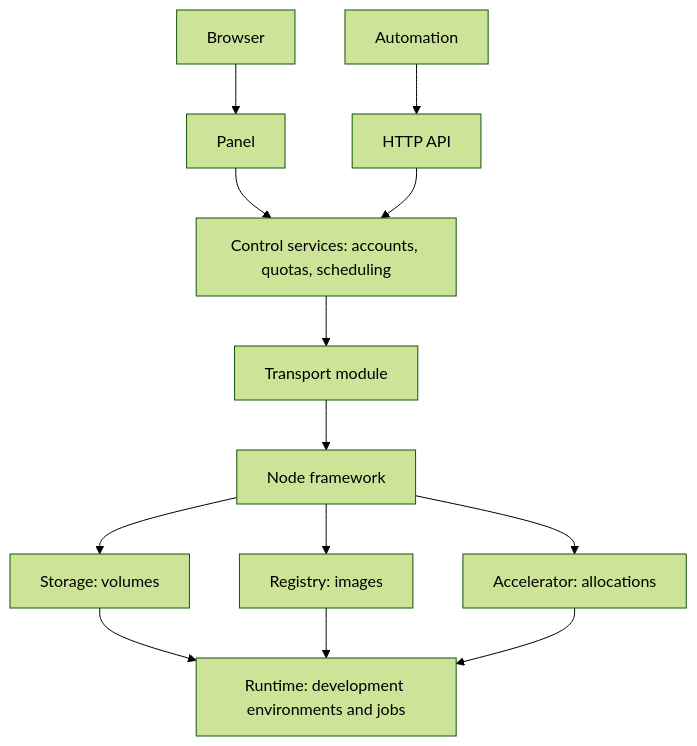
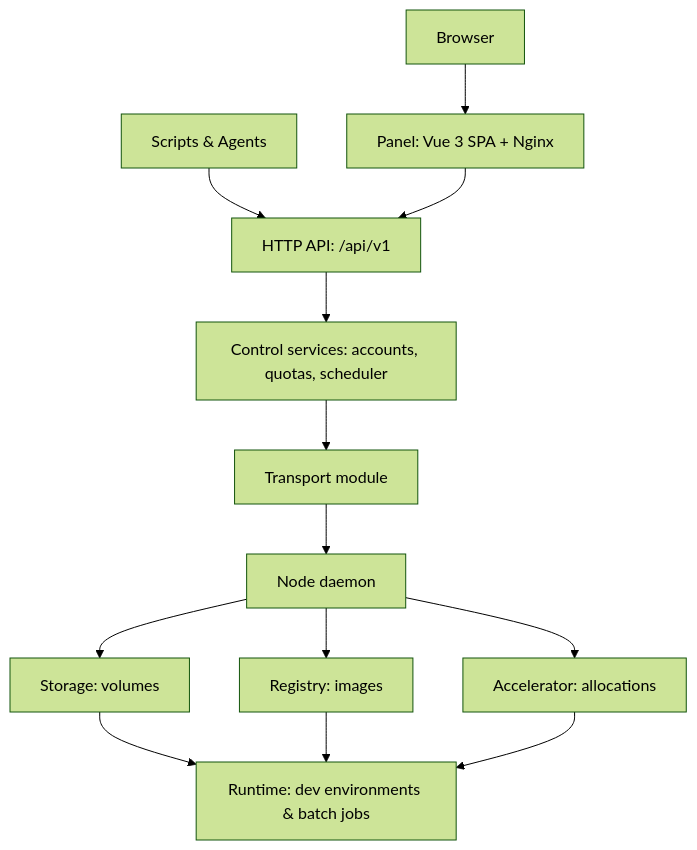
The diagram in docs/en/architecture.md (Kndy666/gpu-platform), drawn with Mermaid (forest theme) before and after one commit. The commit also changed other lines of this file and 244 other files, not shown here.

First line of the commit message:
Move the panel to a standalone Vue 3 SPA

````diff
--- a/docs/en/architecture.md
+++ b/docs/en/architecture.md
@@ -7,15 +7,15 @@
 ```mermaid
 flowchart TB
-    Browser[Browser] --> Panel[Panel]
-    Automation[Automation] --> API[HTTP API]
-    Panel --> Control[Control services: accounts, quotas, scheduling]
-    API --> Control
+    Browser[Browser] --> Panel[Panel: Vue 3 SPA + Nginx]
+    Automation[Scripts & Agents] --> API[HTTP API: /api/v1]
+    Panel --> API
+    API --> Control[Control services: accounts, quotas, scheduler]
     Control --> Transport[Transport module]
-    Transport --> Node[Node framework]
+    Transport --> Node[Node daemon]
     Node --> Storage[Storage: volumes]
     Node --> Registry[Registry: images]
     Node --> GPU[Accelerator: allocations]
-    Storage --> Runtime[Runtime: development environments and jobs]
+    Storage --> Runtime[Runtime: dev environments & batch jobs]
     Registry --> Runtime
     GPU --> Runtime
 ```
````
